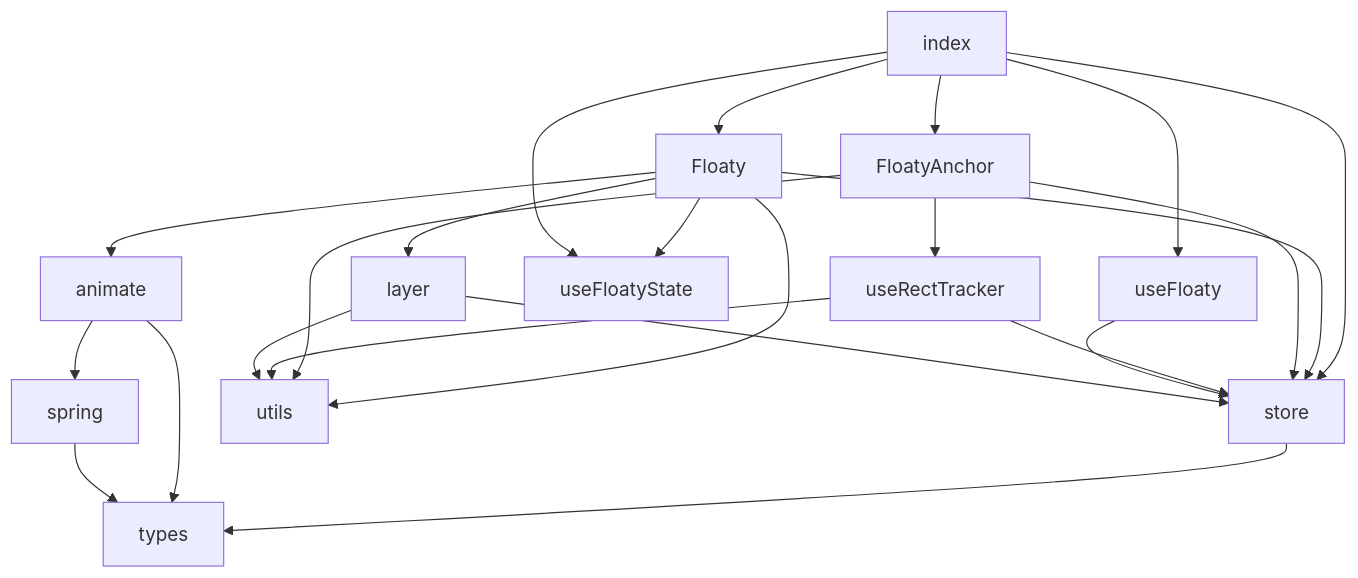
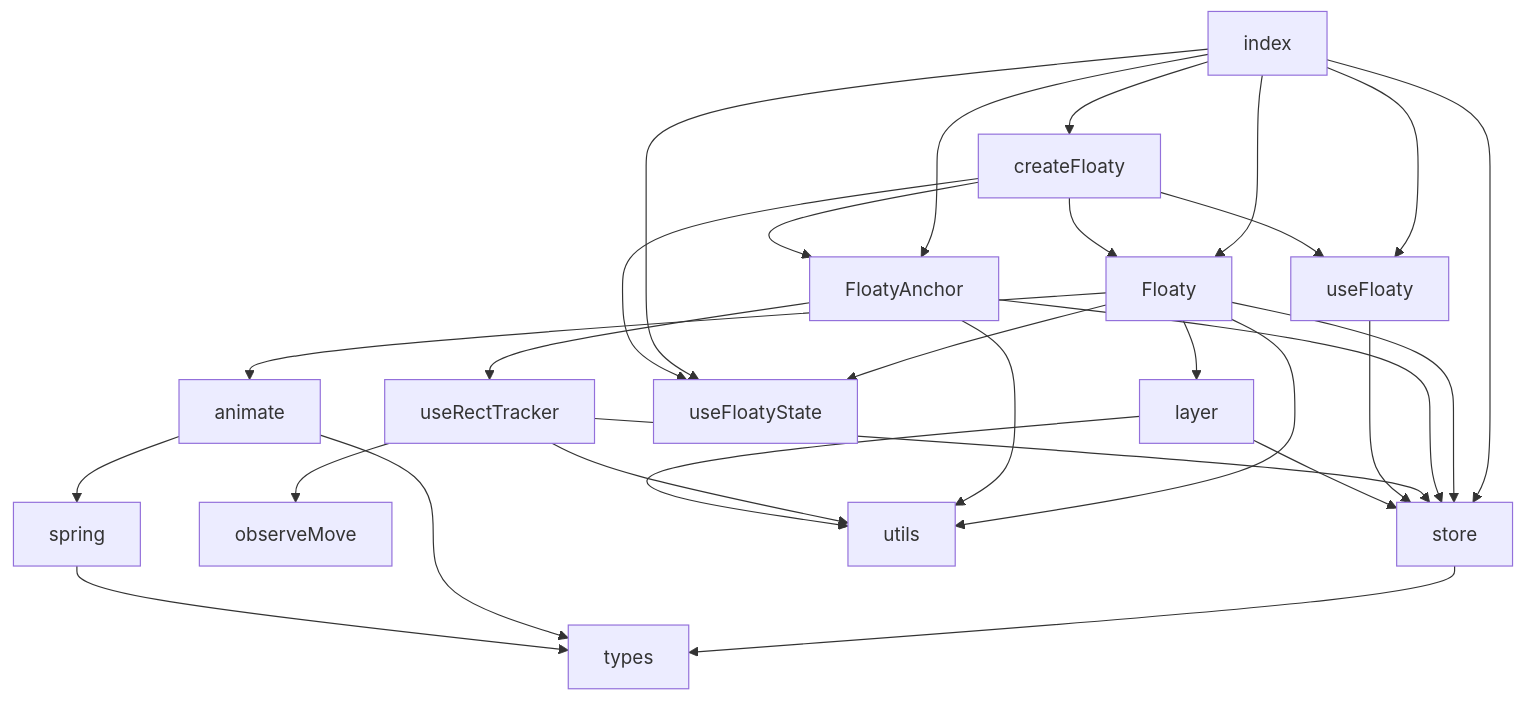
One commit to ryumy97/floaty changed the second of 5 diagrams in docs/ARCHITECTURE.md. Above: the diagram before and after it, drawn with Mermaid. The commit also changed other lines of this file and 28 other files, not shown here.

````diff
--- a/docs/ARCHITECTURE.md
+++ b/docs/ARCHITECTURE.md
@@ -110,25 +112,31 @@
 ```mermaid
 flowchart TD
   index --> Floaty
   index --> FloatyAnchor
   index --> useFloaty
   index --> store
   Floaty --> layer
   Floaty --> store
   Floaty --> animate
   Floaty --> useFloatyState
   index --> useFloatyState
+  index --> createFloaty
+  createFloaty --> Floaty
+  createFloaty --> FloatyAnchor
+  createFloaty --> useFloaty
+  createFloaty --> useFloatyState
   FloatyAnchor --> store
   FloatyAnchor --> useRectTracker
   useRectTracker --> store
+  useRectTracker --> observeMove
   useFloaty --> store
   layer --> store
   store --> types
   animate --> spring
   animate --> types
   spring --> types
   Floaty --> utils
   FloatyAnchor --> utils
   useRectTracker --> utils
   layer --> utils
 ```
````
